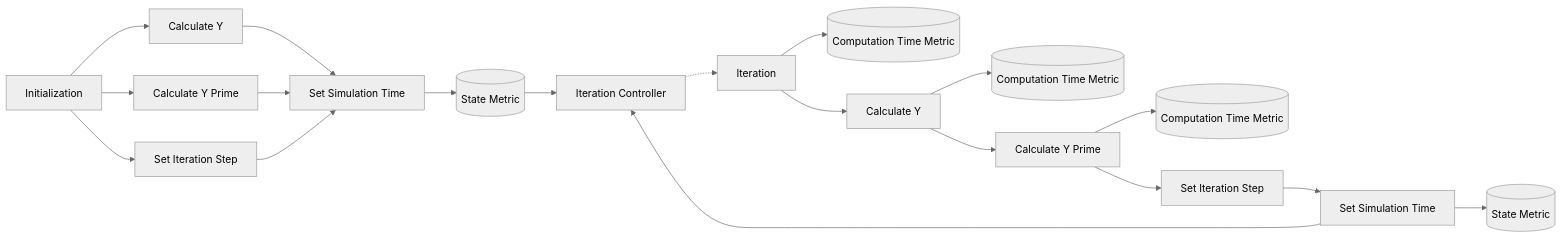
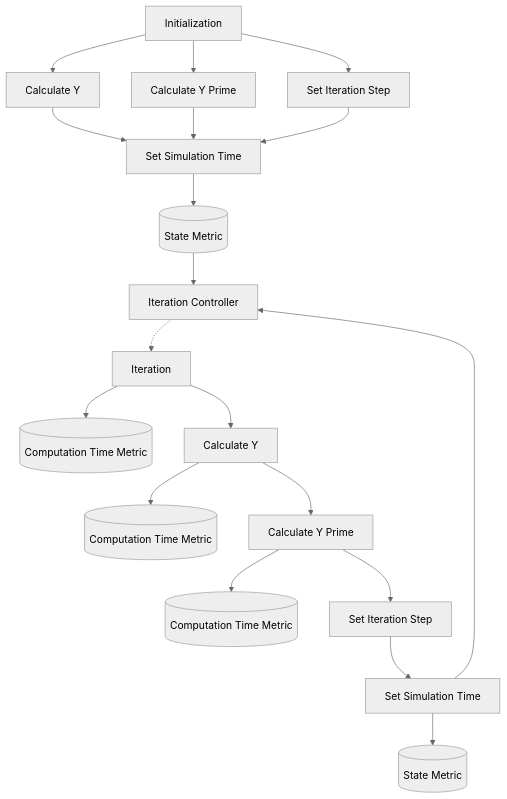
One commit to SeanMcOwen/Root-Finding-Simulation changed the diagram in GDS/GDS.md. Above: the diagram before and after it, drawn with Mermaid (neutral theme).

Commit message:
Change graph orient

````diff
--- a/GDS/GDS.md
+++ b/GDS/GDS.md
@@ -3,21 +3,21 @@
 ```mermaid
-graph LR
+graph
 IN[Initialization]-->Y1[Calculate Y]
 IN-->YP1[Calculate Y Prime]
 IN-->SIS1[Set Iteration Step]
 Y1-->SST1[Set Simulation Time]
 YP1-->SST1
 SIS1-->SST1
 SST1-->SM1[(State Metric)]
 SM1-->IC[Iteration Controller]
 IC-.->I[Iteration]
 I-->CT1[(Computation Time Metric)]
 I-->Y2[Calculate Y]
 Y2-->CT2[(Computation Time Metric)]
 Y2-->YP2[Calculate Y Prime]
 YP2-->CT3[(Computation Time Metric)]
 YP2-->SIS2[Set Iteration Step]
 SIS2-->SST2[Set Simulation Time]
 SST2-->SM2[(State Metric)]
 SST2-->IC
 ```
````
